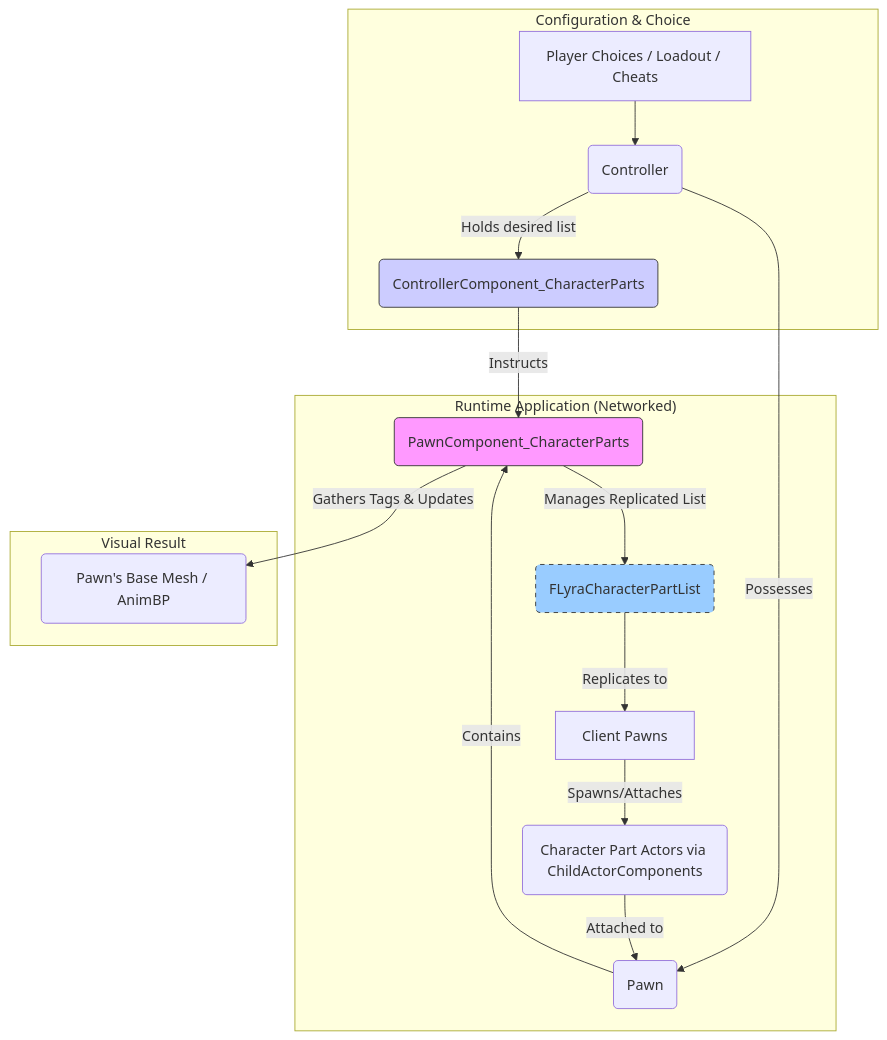
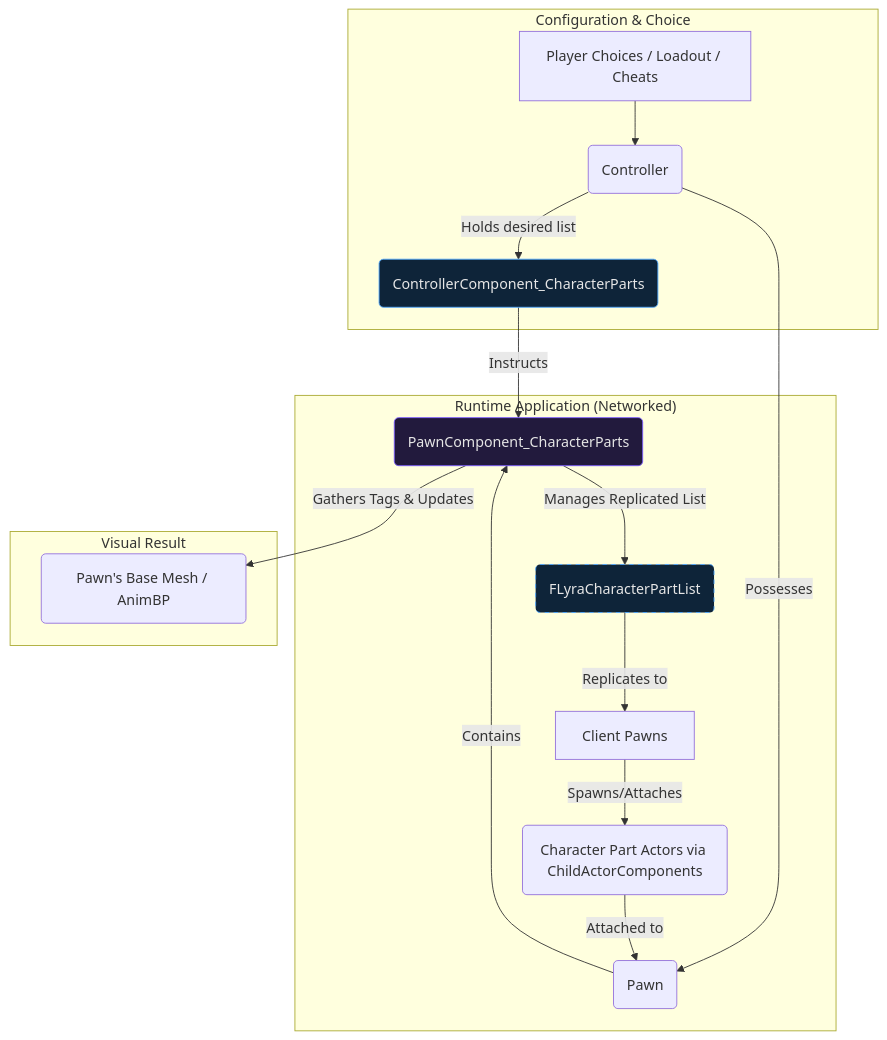
One commit to outliyr/outliyr-docs changed the second of 2 diagrams in outliyr-framework/docs/base-lyra-modified/cosmetics/README.md. Above: the diagram before and after it, drawn with Mermaid. The commit also changed 11 other files, not shown here.

````diff
--- a/outliyr-framework/docs/base-lyra-modified/cosmetics/README.md
+++ b/outliyr-framework/docs/base-lyra-modified/cosmetics/README.md
@@ -30,27 +30,27 @@
 ```mermaid
 graph TD
     subgraph "Configuration & Choice"
         A[Player Choices / Loadout / Cheats] --> B(Controller);
         B -- Holds desired list --> C(ControllerComponent_CharacterParts);
     end
 
     subgraph "Runtime Application (Networked)"
         B -- Possesses --> D(Pawn);
         D -- Contains --> E(PawnComponent_CharacterParts);
         C -- Instructs --> E;
 
         E -- Manages Replicated List --> F(FLyraCharacterPartList);
         F -- Replicates to --> G[Client Pawns];
 
         G -- Spawns/Attaches --> H(Character Part Actors via ChildActorComponents);
     end
 
     subgraph "Visual Result"
          H -- Attached to --> D;
          E -- Gathers Tags & Updates --> I(Pawn's Base Mesh / AnimBP);
     end
 
-    style C fill:#ccf,stroke:#333,stroke-width:1px
-    style E fill:#f9f,stroke:#333,stroke-width:1px
-    style F fill:#9cf,stroke:#333,stroke-width:1px,stroke-dasharray: 5 5
+    style C fill:#0e2439,stroke:#4ea8ff,stroke-width:1px,color:#e6e6e6
+    style E fill:#221a3d,stroke:#7c5cff,stroke-width:1px,color:#e6e6e6
+    style F fill:#0e2439,stroke:#4ea8ff,stroke-width:1px,color:#e6e6e6,stroke-dasharray: 5 5
 ```
````
